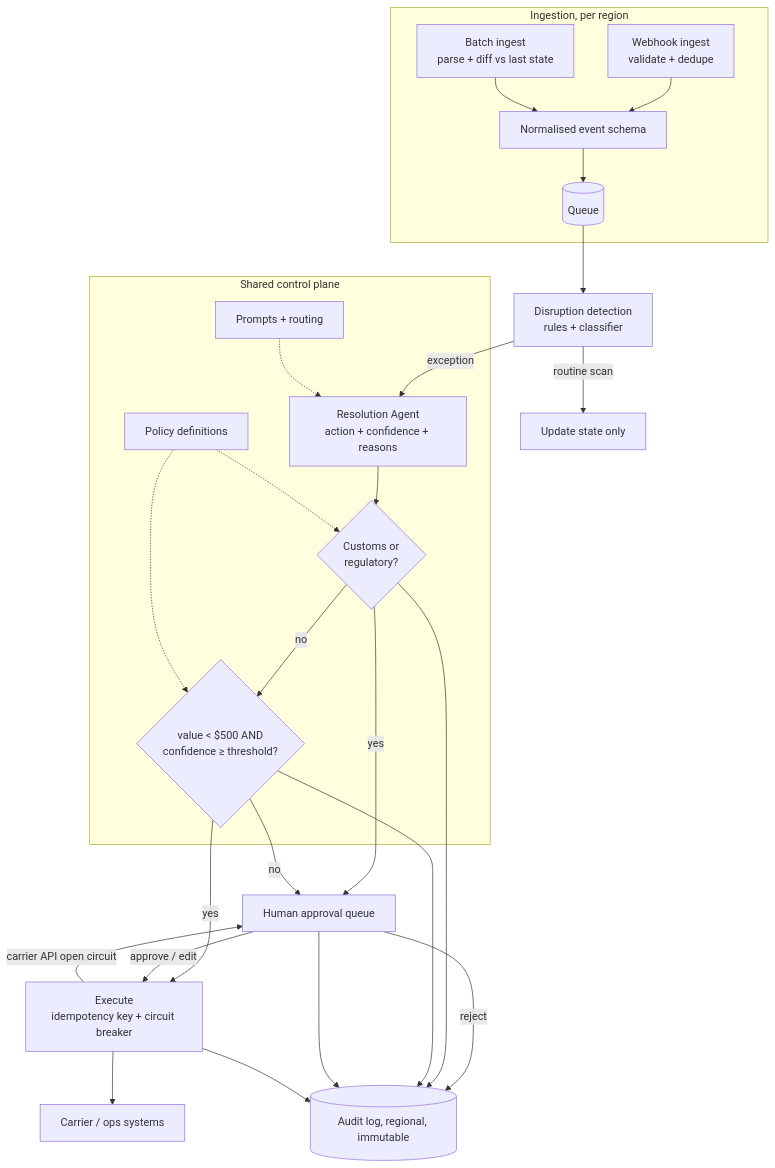
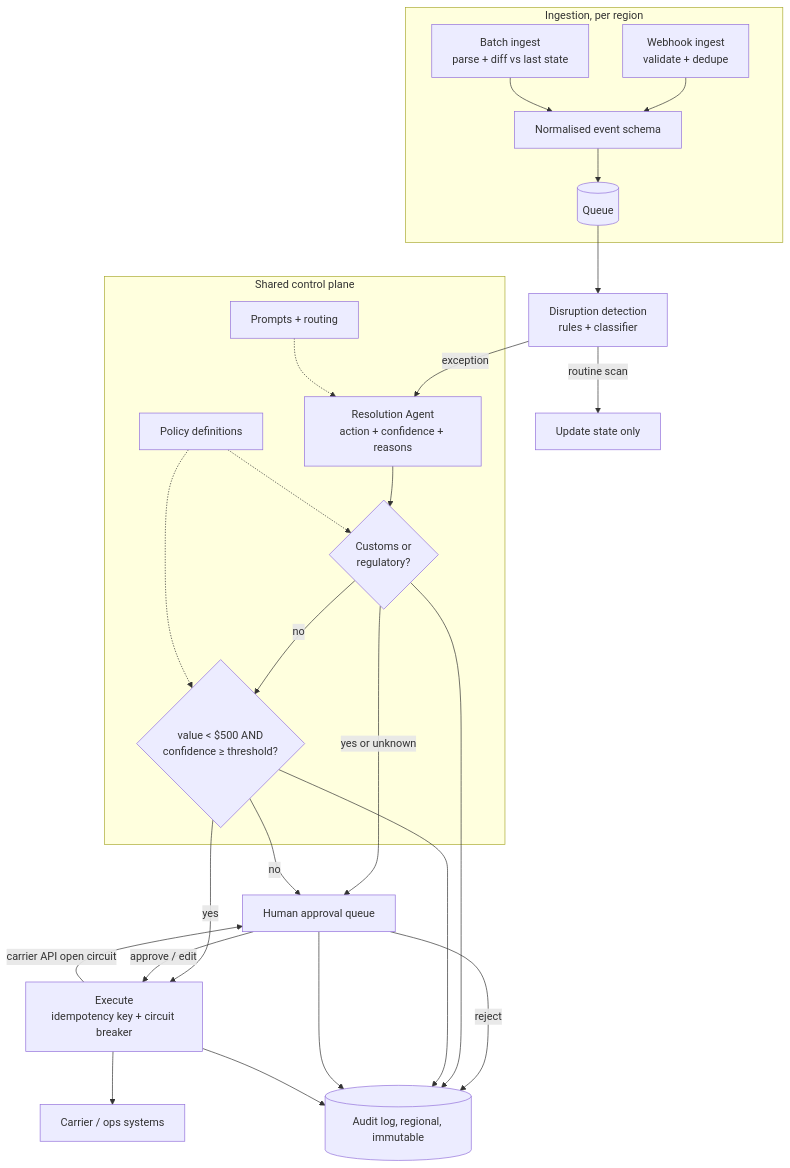
The diagram in 02_System_Design_Case_Studies/Scenario_Packs_G01_G20/G17_Logistics_Exception_Handling/4_Full_Design/G17_Full_Design.md (Sourav692/Forward-Deployed-Engineer-Interview-Prep), drawn with Mermaid before and after one commit. The commit also changed other lines of this file and 26 other files, not shown here.

````diff
--- a/02_System_Design_Case_Studies/Scenario_Packs_G01_G20/G17_Logistics_Exception_Handling/4_Full_Design/G17_Full_Design.md
+++ b/02_System_Design_Case_Studies/Scenario_Packs_G01_G20/G17_Logistics_Exception_Handling/4_Full_Design/G17_Full_Design.md
@@ -157,29 +157,29 @@
 ```mermaid
 flowchart TD
     subgraph ING[Ingestion, per region]
         WH[Webhook ingest<br/>validate + dedupe] --> NORM
         BT[Batch ingest<br/>parse + diff vs last state] --> NORM
         NORM[Normalised event schema] --> Q[(Queue)]
     end
 
     Q --> DET[Disruption detection<br/>rules + classifier]
     DET -->|routine scan| DROP[Update state only]
     DET -->|exception| RA[Resolution Agent<br/>action + confidence + reasons]
 
     RA --> G1{Customs or<br/>regulatory?}
-    G1 -->|yes| HQ[Human approval queue]
+    G1 -->|yes or unknown| HQ[Human approval queue]
     G1 -->|no| G2{value < $500 AND<br/>confidence ≥ threshold?}
     G2 -->|yes| EX[Execute<br/>idempotency key + circuit breaker]
     G2 -->|no| HQ
     HQ -->|approve / edit| EX
     HQ -->|reject| AUD
     EX -->|carrier API open circuit| HQ
     EX --> SYS[Carrier / ops systems]
 
     G1 & G2 & HQ & EX --> AUD[(Audit log, regional, immutable)]
 
     subgraph CP[Shared control plane]
         POL[Policy definitions] -.-> G1 & G2
         PR[Prompts + routing] -.-> RA
     end
 ```
````
